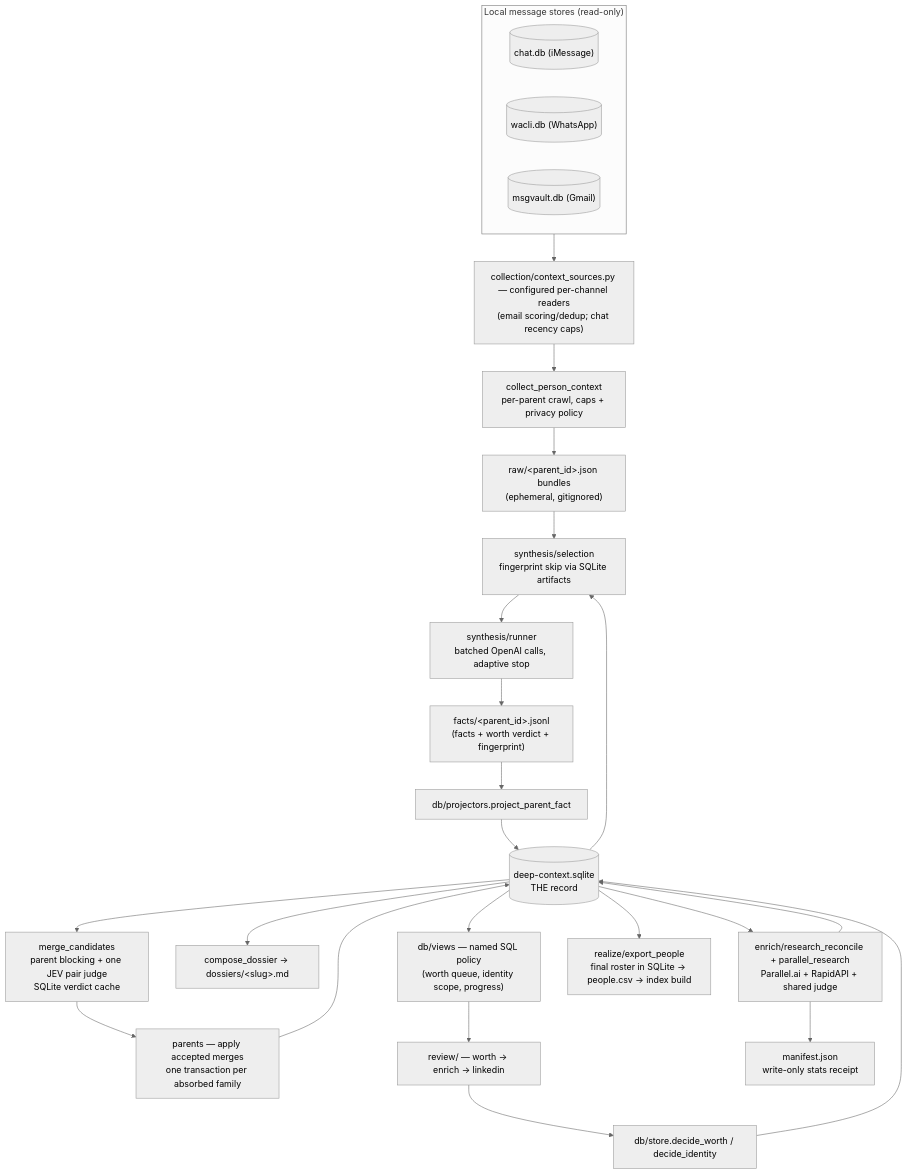
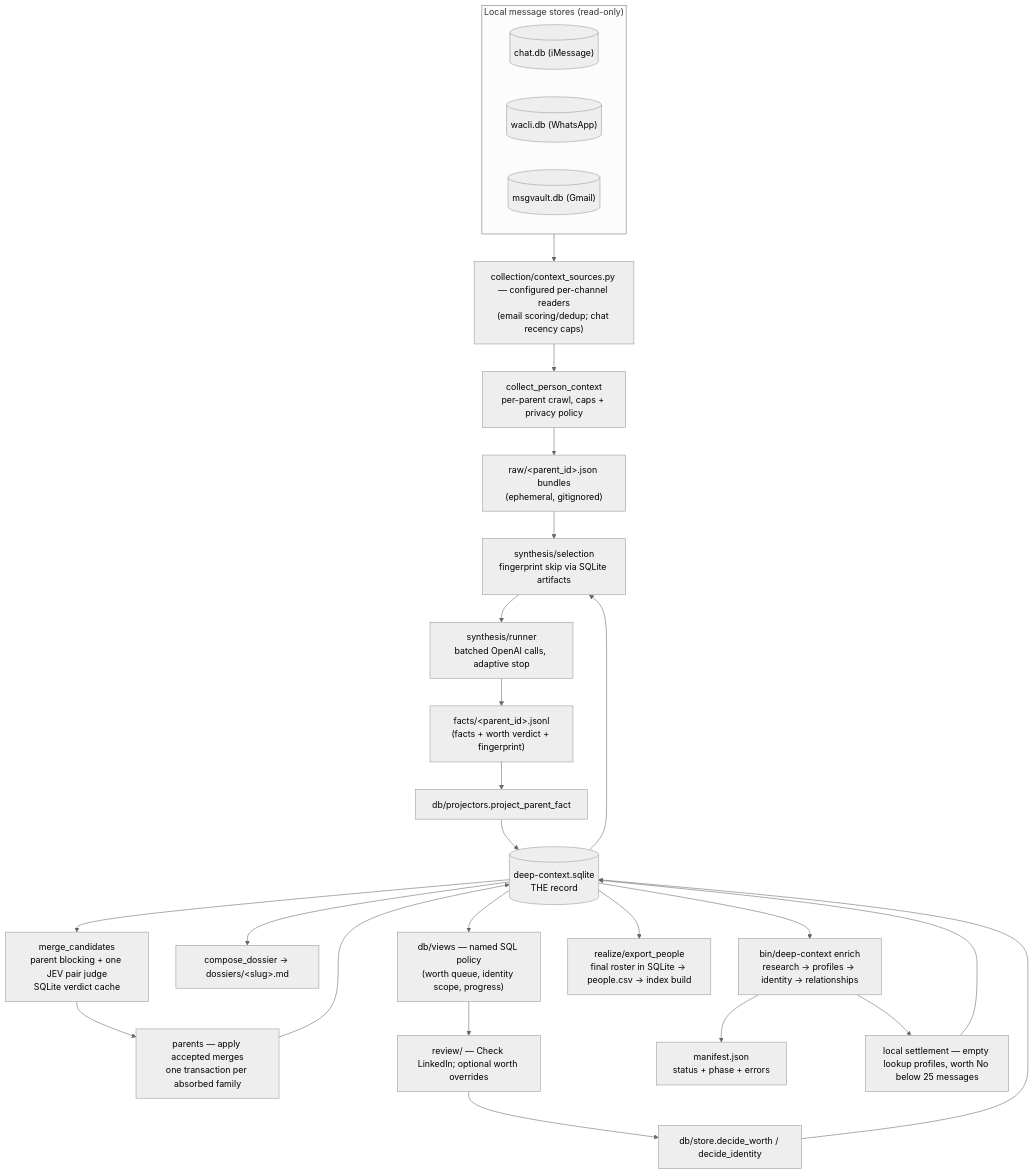
One commit to powerset-co/powerpacks changed the first of 3 diagrams in packs/ingestion/primitives/deep_context/README.md. Above: the diagram before and after it, drawn with Mermaid (neutral theme). The commit also changed other lines of this file and 83 other files, not shown here.

First line of the commit message:
feat(deep-context): the agent runs enrichment; no worth stop, one review screen (#660)

````diff
--- a/packs/ingestion/primitives/deep_context/README.md
+++ b/packs/ingestion/primitives/deep_context/README.md
@@ -36,35 +40,36 @@
 ```mermaid
 flowchart TD
   subgraph stores["Local message stores (read-only)"]
     chatdb[("chat.db (iMessage)")]
     waclidb[("wacli.db (WhatsApp)")]
     msgvaultdb[("msgvault.db (Gmail)")]
   end
 
   stores --> readers["collection/context_sources.py — configured per-channel readers\n(email scoring/dedup; chat recency caps)"]
   readers --> collect["collect_person_context\nper-parent crawl, caps + privacy policy"]
   collect --> bundles["raw/&lt;parent_id&gt;.json bundles\n(ephemeral, gitignored)"]
 
   bundles --> select["synthesis/selection\nfingerprint skip via SQLite artifacts"]
   sqlite[("deep-context.sqlite\nTHE record")] --> select
   select --> runner["synthesis/runner\nbatched OpenAI calls, adaptive stop"]
   runner --> factsf["facts/&lt;parent_id&gt;.jsonl\n(facts + worth verdict + fingerprint)"]
   factsf --> pfacts["db/projectors.project_parent_fact"]
   pfacts --> sqlite
 
   sqlite --> cluster["merge_candidates\nparent blocking + one JEV pair judge\nSQLite verdict cache"]
   cluster --> parents["parents — apply accepted merges\none transaction per absorbed family"]
   parents --> sqlite
   sqlite --> dossier["compose_dossier → dossiers/&lt;slug&gt;.md"]
 
   sqlite --> views["db/views — named SQL policy\n(worth queue, identity scope, progress)"]
-  views --> web["review/ — worth → enrich → linkedin"]
+  views --> web["review/ — Check LinkedIn; optional worth overrides"]
   web --> decide["db/store.decide_worth / decide_identity"]
   decide --> sqlite
 
-  sqlite --> research["enrich/research_reconcile + parallel_research\nParallel.ai + RapidAPI + shared judge"]
-  research --> receipt["manifest.json\nwrite-only stats receipt"]
-  research --> sqlite
+  sqlite --> research["bin/deep-context enrich\nresearch → profiles → identity → relationships"]
+  research --> receipt["manifest.json\nstatus + phase + errors"]
+  research --> settle["local settlement — empty lookup profiles, worth No below 25 messages"]
+  settle --> sqlite
 
   sqlite --> realize["realize/export_people\nfinal roster in SQLite → people.csv → index build"]
 ```
````
